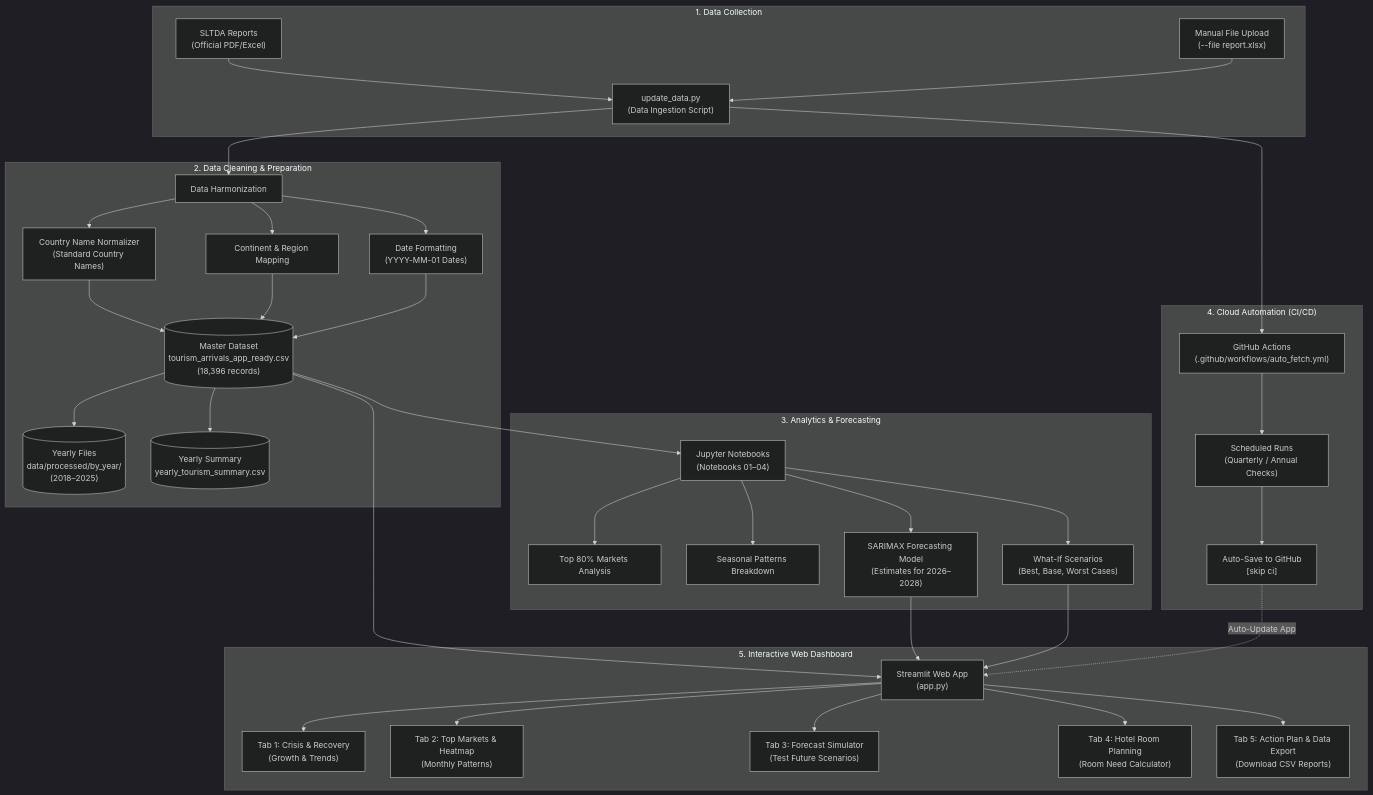
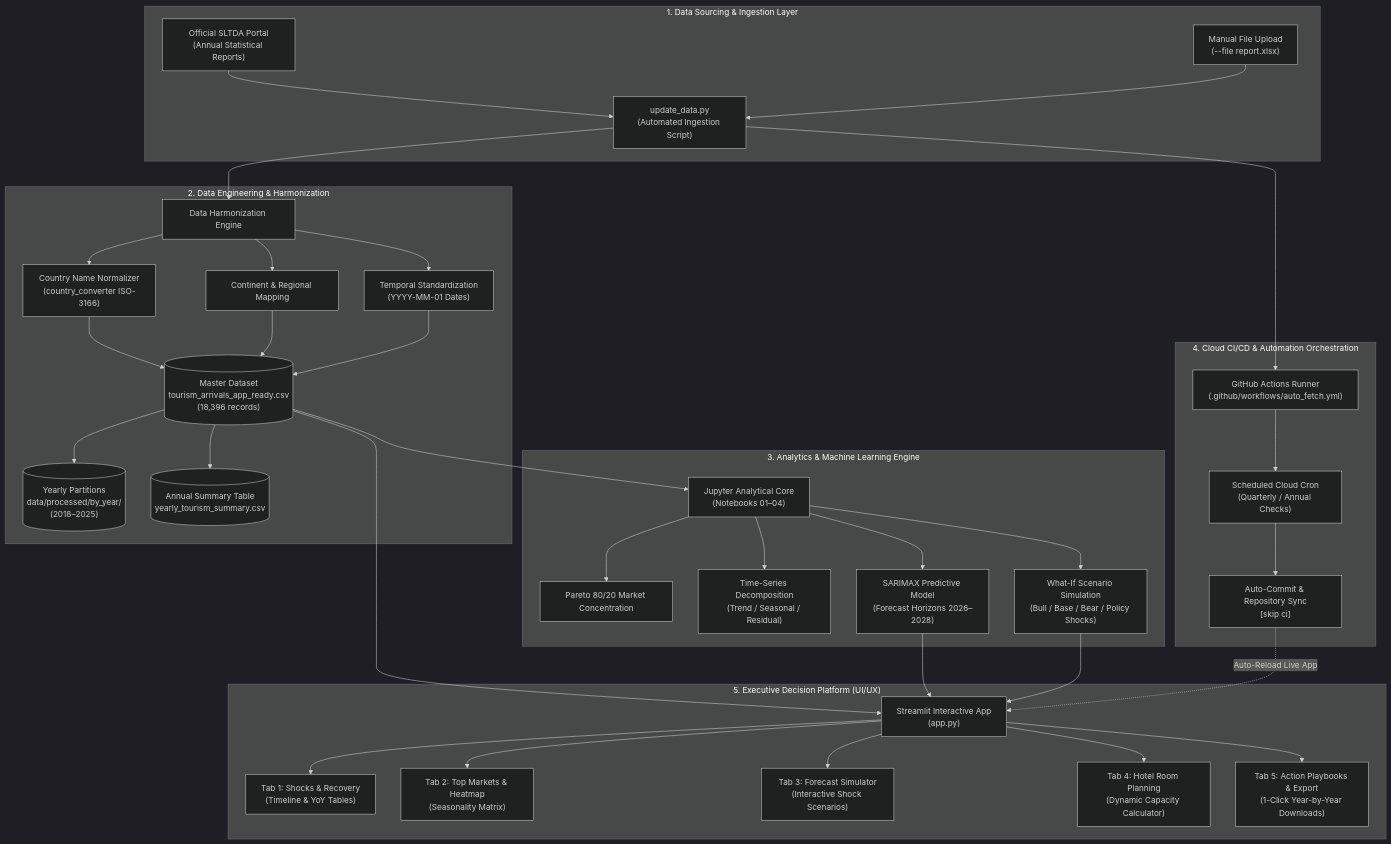
One commit to HimashMadushanka/Sri-Lanka-Tourism-Intelligence changed the diagram in README.md. Above: the diagram before and after it, drawn with Mermaid (dark theme). The commit also changed other lines of this file, not shown here.

````diff
--- a/README.md
+++ b/README.md
@@ -29,42 +31,42 @@
 ```mermaid
 flowchart TD
-    subgraph S1["1. Data Collection"]
-        A["SLTDA Reports<br/>(Official PDF/Excel)"] --> B["update_data.py<br/>(Data Ingestion Script)"]
+    subgraph S1["1. Data Sourcing & Ingestion Layer"]
+        A["Official SLTDA Portal<br/>(Annual Statistical Reports)"] --> B["update_data.py<br/>(Automated Ingestion Script)"]
         A2["Manual File Upload<br/>(--file report.xlsx)"] --> B
     end
 
-    subgraph S2["2. Data Cleaning & Preparation"]
-        B --> C["Data Harmonization"]
-        C --> C1["Country Name Normalizer<br/>(Standard Country Names)"]
-        C --> C2["Continent & Region Mapping"]
-        C --> C3["Date Formatting<br/>(YYYY-MM-01 Dates)"]
+    subgraph S2["2. Data Engineering & Harmonization"]
+        B --> C["Data Harmonization Engine"]
+        C --> C1["Country Name Normalizer<br/>(country_converter ISO-3166)"]
+        C --> C2["Continent & Regional Mapping"]
+        C --> C3["Temporal Standardization<br/>(YYYY-MM-01 Dates)"]
         C1 & C2 & C3 --> D[("Master Dataset<br/>tourism_arrivals_app_ready.csv<br/>(18,396 records)")]
-        D --> D1[("Yearly Files<br/>data/processed/by_year/<br/>(2018–2025)")]
-        D --> D2[("Yearly Summary<br/>yearly_tourism_summary.csv")]
+        D --> D1[("Yearly Partitions<br/>data/processed/by_year/<br/>(2018–2025)")]
+        D --> D2[("Annual Summary Table<br/>yearly_tourism_summary.csv")]
     end
 
-    subgraph S3["3. Analytics & Forecasting"]
-        D --> E["Jupyter Notebooks<br/>(Notebooks 01–04)"]
-        E --> E1["Top 80% Markets Analysis"]
-        E --> E2["Seasonal Patterns Breakdown"]
-        E --> E3["SARIMAX Forecasting Model<br/>(Estimates for 2026–2028)"]
-        E --> E4["What-If Scenarios<br/>(Best, Base, Worst Cases)"]
+    subgraph S3["3. Analytics & Machine Learning Engine"]
+        D --> E["Jupyter Analytical Core<br/>(Notebooks 01–04)"]
+        E --> E1["Pareto 80/20 Market Concentration"]
+        E --> E2["Time-Series Decomposition<br/>(Trend / Seasonal / Residual)"]
+        E --> E3["SARIMAX Predictive Model<br/>(Forecast Horizons 2026–2028)"]
+        E --> E4["What-If Scenario Simulation<br/>(Bull / Base / Bear / Policy Shocks)"]
     end
 
-    subgraph S4["4. Cloud Automation (CI/CD)"]
-        B --> F["GitHub Actions<br/>(.github/workflows/auto_fetch.yml)"]
-        F --> F1["Scheduled Runs<br/>(Quarterly / Annual Checks)"]
-        F1 --> F2["Auto-Save to GitHub<br/>[skip ci]"]
+    subgraph S4["4. Cloud CI/CD & Automation Orchestration"]
+        B --> F["GitHub Actions Runner<br/>(.github/workflows/auto_fetch.yml)"]
+        F --> F1["Scheduled Cloud Cron<br/>(Quarterly / Annual Checks)"]
+        F1 --> F2["Auto-Commit & Repository Sync<br/>[skip ci]"]
     end
 
-    subgraph S5["5. Interactive Web Dashboard"]
-        D & E3 & E4 --> G["Streamlit Web App<br/>(app.py)"]
-        G --> H1["Tab 1: Crisis & Recovery<br/>(Growth & Trends)"]
-        G --> H2["Tab 2: Top Markets & Heatmap<br/>(Monthly Patterns)"]
-        G --> H3["Tab 3: Forecast Simulator<br/>(Test Future Scenarios)"]
-        G --> H4["Tab 4: Hotel Room Planning<br/>(Room Need Calculator)"]
-        G --> H5["Tab 5: Action Plan & Data Export<br/>(Download CSV Reports)"]
+    subgraph S5["5. Executive Decision Platform (UI/UX)"]
+        D & E3 & E4 --> G["Streamlit Interactive App<br/>(app.py)"]
+        G --> H1["Tab 1: Shocks & Recovery<br/>(Timeline & YoY Tables)"]
+        G --> H2["Tab 2: Top Markets & Heatmap<br/>(Seasonality Matrix)"]
+        G --> H3["Tab 3: Forecast Simulator<br/>(Interactive Shock Scenarios)"]
+        G --> H4["Tab 4: Hotel Room Planning<br/>(Dynamic Capacity Calculator)"]
+        G --> H5["Tab 5: Action Playbooks & Export<br/>(1-Click Year-by-Year Downloads)"]
     end
 
-    F2 -.->|Auto-Update App| G
+    F2 -.->|Auto-Reload Live App| G
 ```
````
